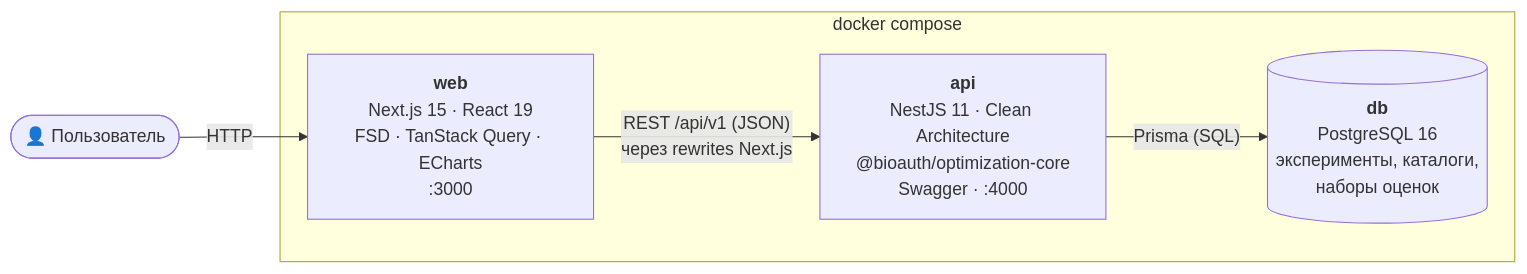
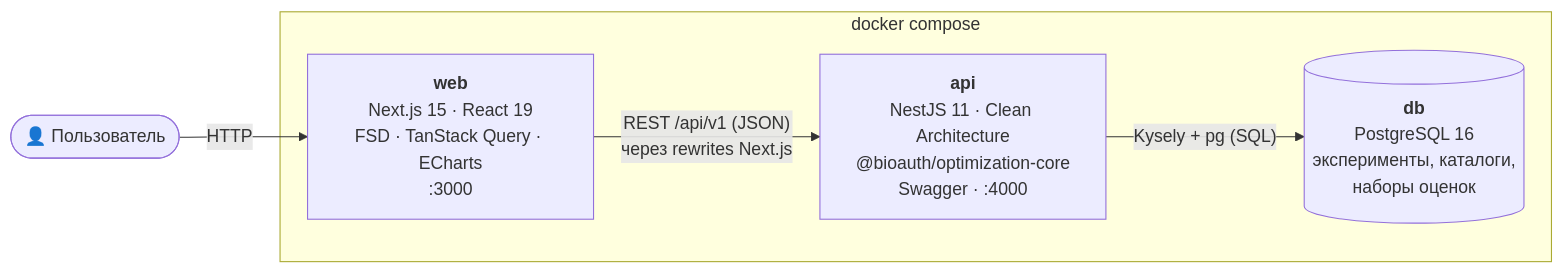
Before and after one commit to DcNi3L/bioauth-optimizer: the second of 9 diagrams in docs/03-architecture.md, drawn with Mermaid. The commit also changed other lines of this file and 83 other files, not shown here.

````diff
--- a/docs/03-architecture.md
+++ b/docs/03-architecture.md
@@ -22,12 +22,12 @@
 ```mermaid
 flowchart LR
   user(["👤 Пользователь"])
   subgraph compose["docker compose"]
     web["<b>web</b><br/>Next.js 15 · React 19<br/>FSD · TanStack Query · ECharts<br/>:3000"]
     api["<b>api</b><br/>NestJS 11 · Clean Architecture<br/>@bioauth/optimization-core<br/>Swagger · :4000"]
     db[("<b>db</b><br/>PostgreSQL 16<br/>эксперименты, каталоги,<br/>наборы оценок")]
   end
   user -->|HTTP| web
   web -->|"REST /api/v1 (JSON)<br/>через rewrites Next.js"| api
-  api -->|"Prisma (SQL)"| db
+  api -->|"Kysely + pg (SQL)"| db
 ```
````
